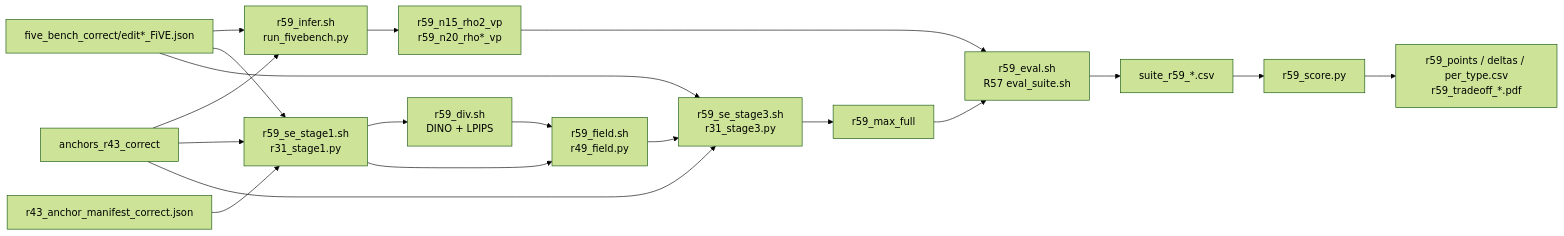
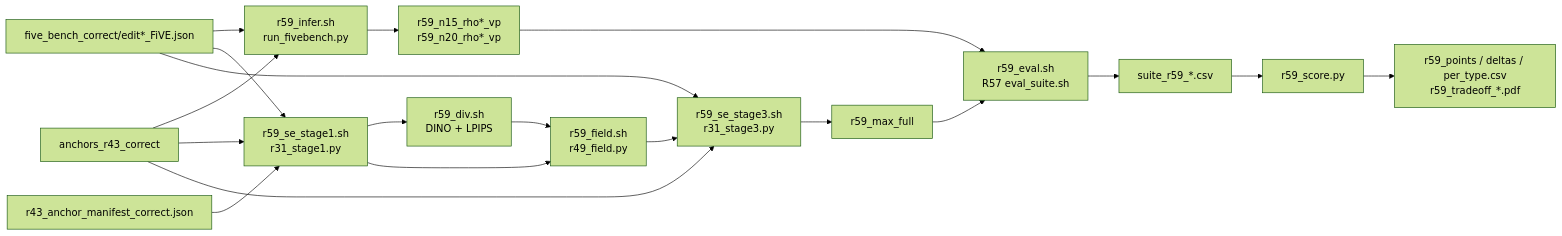
The diagram in .claude/plans/r59-streamedit-five-bench-correct_5c2e8f17.plan.md (skhairi2k/StreamEdit_new), drawn with Mermaid (forest theme) before and after one commit. The commit also changed other lines of this file and 217 other files, not shown here.

````diff
--- a/.claude/plans/r59-streamedit-five-bench-correct_5c2e8f17.plan.md
+++ b/.claude/plans/r59-streamedit-five-bench-correct_5c2e8f17.plan.md
@@ -213,21 +247,21 @@
 ```mermaid
 flowchart LR
   J[five_bench_correct/edit*_FiVE.json] --> I[r59_infer.sh<br/>run_fivebench.py]
   A[anchors_r43_correct] --> I
-  I --> B[r59_n15_rho2_vp<br/>r59_n20_rho*_vp]
+  I --> B[r59_n15_rho*_vp<br/>r59_n20_rho*_vp]
   J --> S1[r59_se_stage1.sh<br/>r31_stage1.py]
   A --> S1
   M[r43_anchor_manifest_correct.json] --> S1
   S1 --> DV[r59_div.sh<br/>DINO + LPIPS]
   S1 --> F[r59_field.sh<br/>r49_field.py]
   DV --> F
   F --> S3[r59_se_stage3.sh<br/>r31_stage3.py]
   J --> S3
   A --> S3
   S3 --> X[r59_max_full]
   B --> E[r59_eval.sh<br/>R57 eval_suite.sh]
   X --> E
   E --> C[suite_r59_*.csv]
   C --> SC[r59_score.py]
   SC --> O[r59_points / deltas / per_type.csv<br/>r59_tradeoff_*.pdf]
 ```
````
